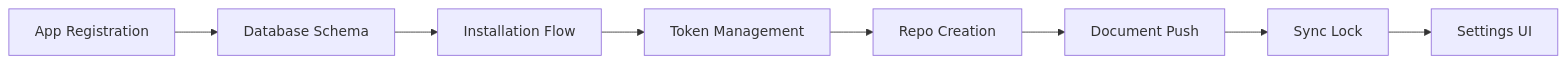
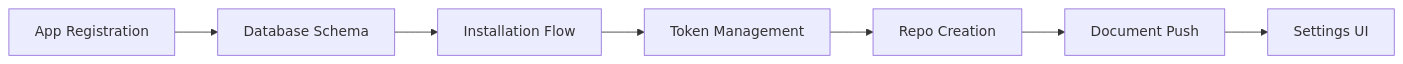
Before and after one commit to uspark-hq/uspark: the diagram in spec/issues/github.md, drawn with Mermaid. The commit also changed other lines of this file and 13 other files, not shown here.

````diff
--- a/spec/issues/github.md
+++ b/spec/issues/github.md
@@ -186,10 +181,9 @@
 ```mermaid
 graph LR
     T1[App Registration] --> T2[Database Schema]
     T2 --> T3[Installation Flow]
     T3 --> T4[Token Management]
     T4 --> T5[Repo Creation]
     T5 --> T6[Document Push]
-    T6 --> T7[Sync Lock]
-    T7 --> T8[Settings UI]
+    T6 --> T7[Settings UI]
 ```
````
